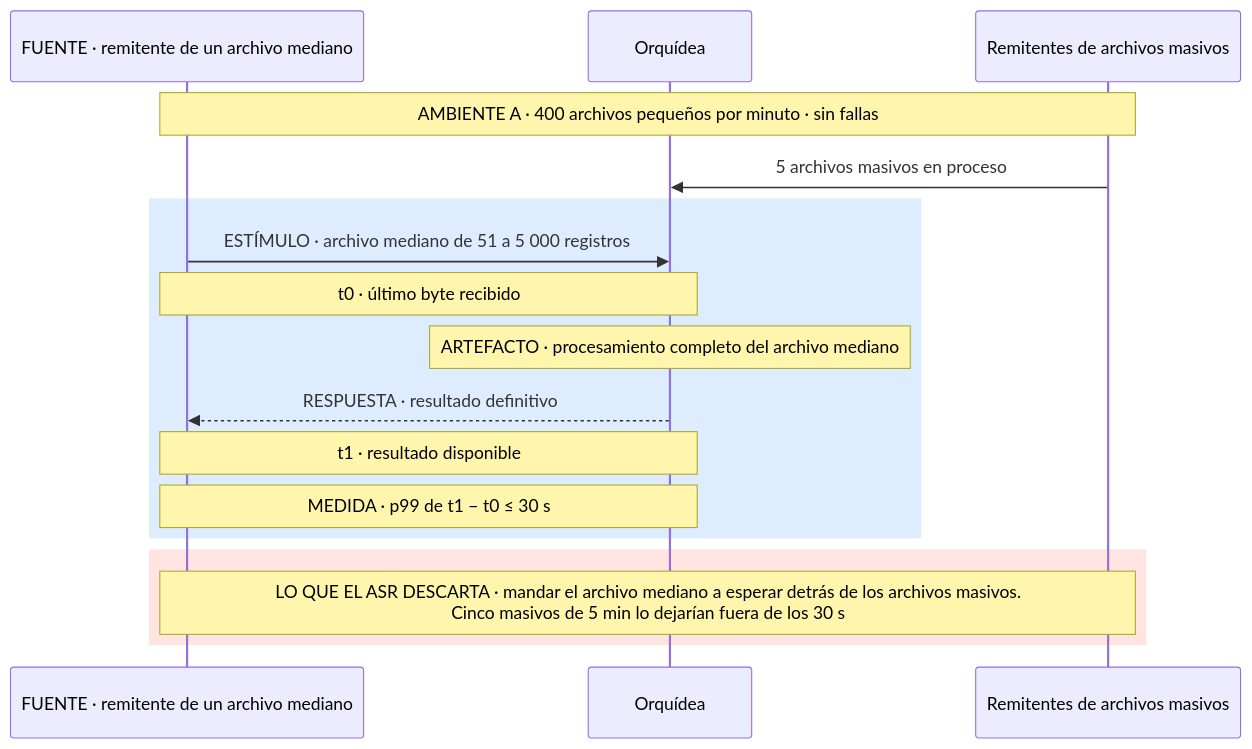
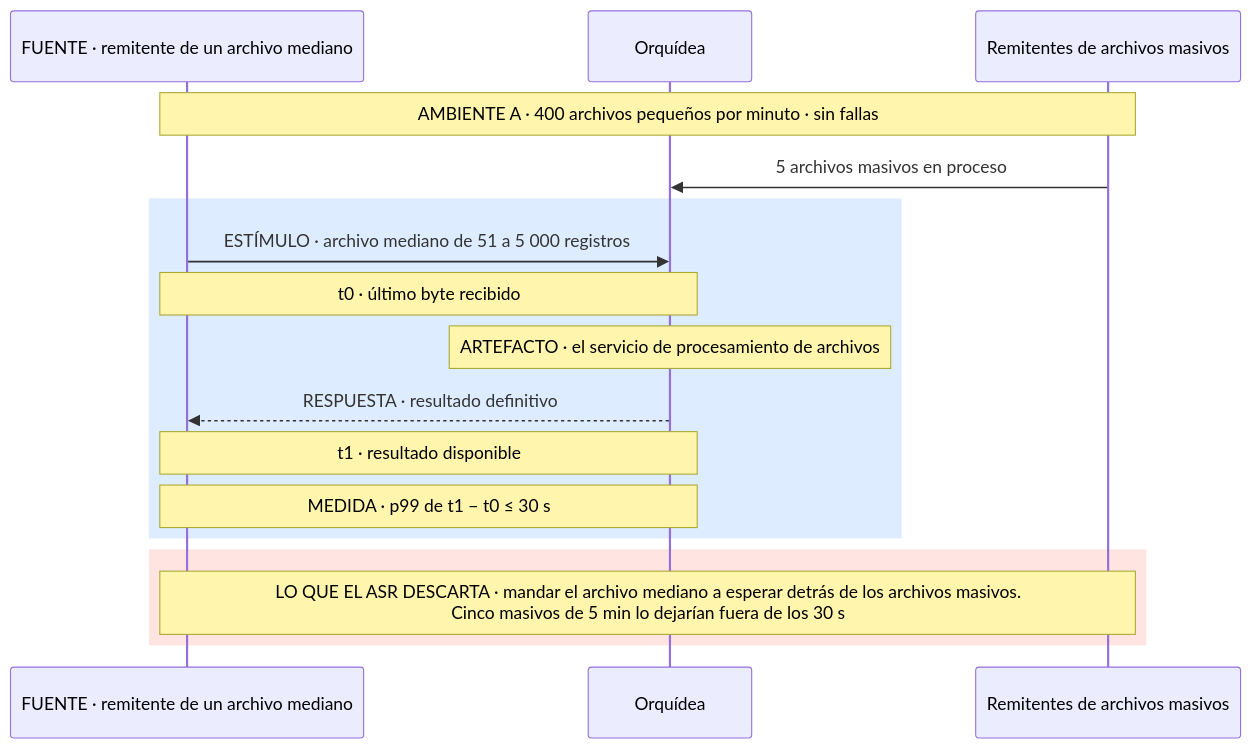
Diagram 14 of 17 in docs/quality-attributes.md (MATI-MBIT/arqsoft-reto-4), drawn with Mermaid before and after one commit. The commit also changed other lines of this file and 3 other files, not shown here.

````diff
--- a/docs/quality-attributes.md
+++ b/docs/quality-attributes.md
@@ -637,19 +637,19 @@
 ```mermaid
 sequenceDiagram
     participant P as FUENTE · remitente de un archivo mediano
     participant O as Orquídea
     participant M as Remitentes de archivos masivos
     Note over P,M: AMBIENTE A · 400 archivos pequeños por minuto · sin fallas
     M->>O: 5 archivos masivos en proceso
     rect rgb(222, 236, 255)
     P->>O: ESTÍMULO · archivo mediano de 51 a 5 000 registros
     Note over P,O: t0 · último byte recibido
-    Note over O: ARTEFACTO · procesamiento completo del archivo mediano
+    Note over O: ARTEFACTO · el servicio de procesamiento de archivos
     O-->>P: RESPUESTA · resultado definitivo
     Note over P,O: t1 · resultado disponible
     Note over P,O: MEDIDA · p99 de t1 − t0 ≤ 30 s
     end
     rect rgb(255, 228, 225)
     Note over P,M: LO QUE EL ASR DESCARTA · mandar el archivo mediano a esperar detrás de los archivos masivos.<br/>Cinco masivos de 5 min lo dejarían fuera de los 30 s
     end
 ```
````
